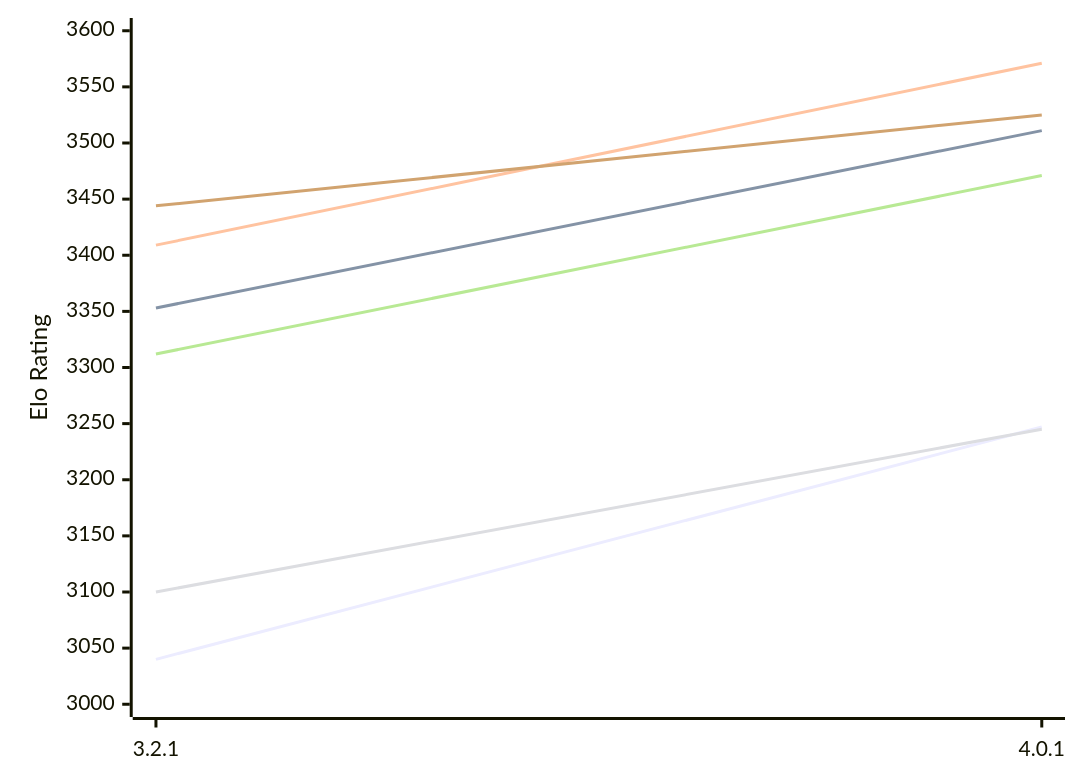
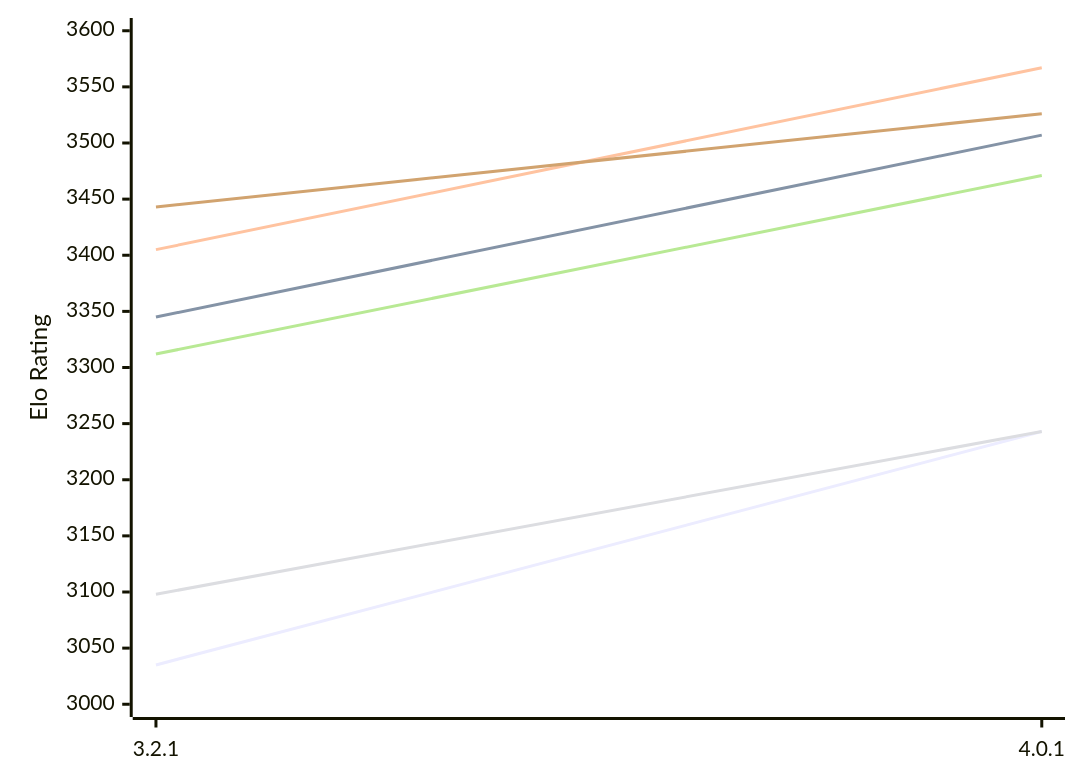
The first of 2 diagrams in engines/Prune.md (computer-chess-index/cci), drawn with Mermaid before and after one commit. The commit also changed other lines of this file, not shown here.

Commit message:
Update CCI Ratings (ELO VLTC) - 2026-11-26

````diff
--- a/engines/Prune.md
+++ b/engines/Prune.md
@@ -56,12 +56,12 @@
 ```mermaid
 %%{init: {"theme":"base","themeVariables":{"seriesColors:['#a3a3a3','#222221','#faa371']}}}%%
 xychart-beta
   x-axis ["3.2.1", "4.0.1"]
   y-axis "Elo Rating" 3000 --> 3600
-  line "E1: STC (8.0+0.08s)" [3040, 3247]
-  line "E1: LTC (60.0+0.60s)" [3353, 3511]
-  line "E1: VLTC (2m24s+1.12s)" [3409, 3571]
-  line "P1: STC (8.0+0.08s)" [3100, 3245]
+  line "E1: STC (8.0+0.08s)" [3035, 3243]
+  line "E1: LTC (60.0+0.60s)" [3345, 3507]
+  line "E1: VLTC (2m24s+1.12s)" [3405, 3567]
+  line "P1: STC (8.0+0.08s)" [3098, 3243]
   line "P1: LTC (60.0+0.60s)" [3312, 3471]
-  line "P1: VLTC (2m24s+1.12s)" [3444, 3525]
+  line "P1: VLTC (2m24s+1.12s)" [3443, 3526]
 ```
````
